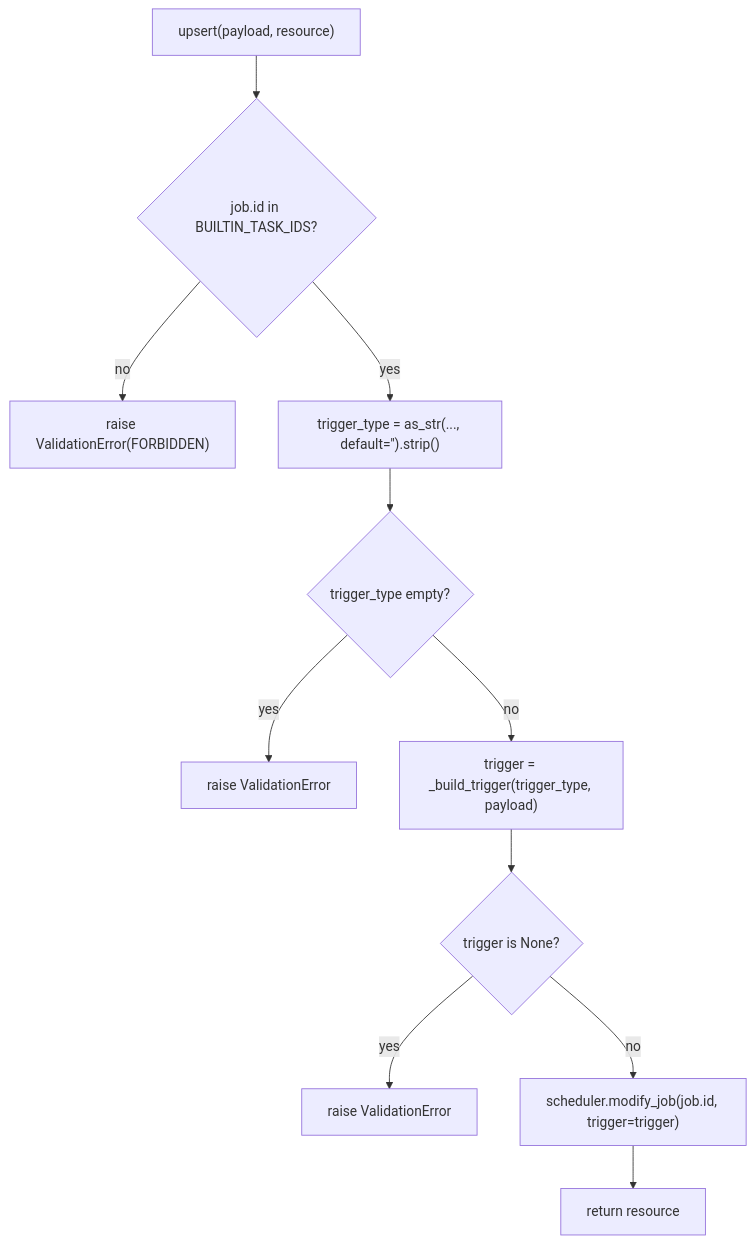
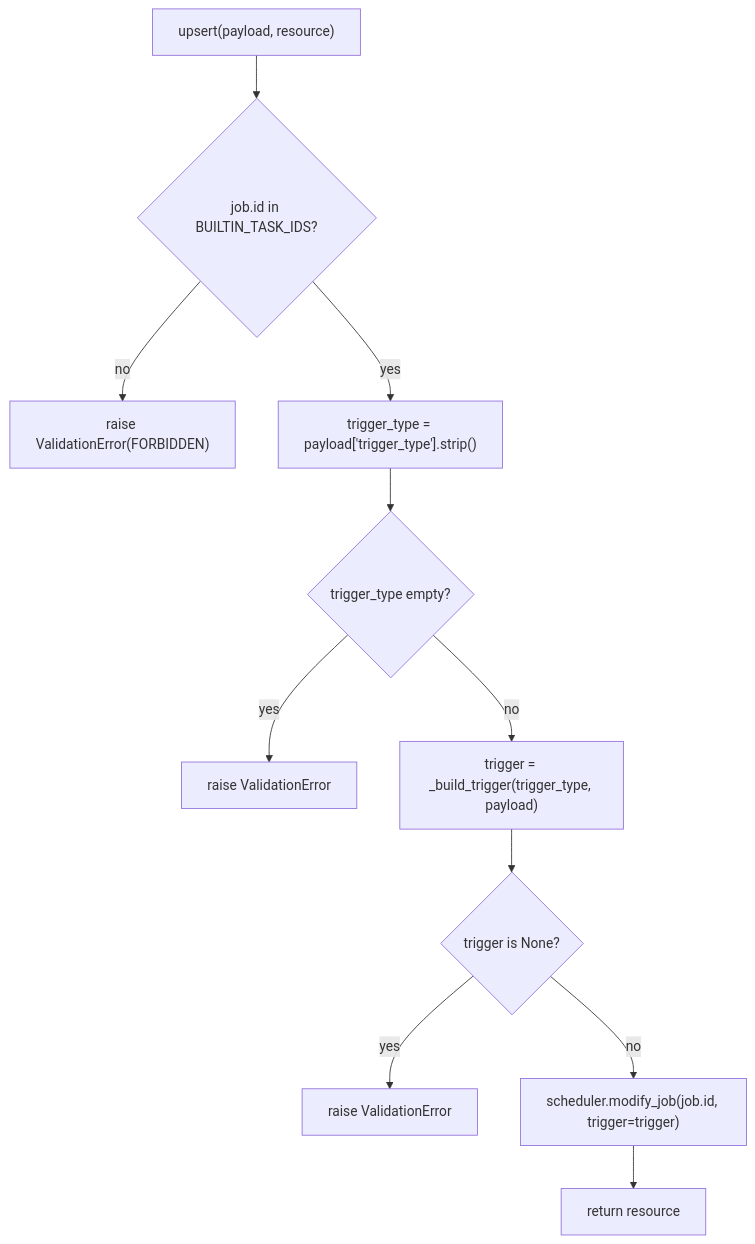
The first of 2 diagrams in docs/Obsidian/Server/scheduler-job-write-service.md (nyealovey/WhaleFall), drawn with Mermaid before and after one commit. The commit also changed other lines of this file and 9 other files, not shown here.

````diff
--- a/docs/Obsidian/Server/scheduler-job-write-service.md
+++ b/docs/Obsidian/Server/scheduler-job-write-service.md
@@ -64,13 +65,13 @@
 ```mermaid
 flowchart TB
     A["upsert(payload, resource)"] --> B{job.id in BUILTIN_TASK_IDS?}
     B -- no --> C["raise ValidationError(FORBIDDEN)"]
-    B -- yes --> D["trigger_type = as_str(..., default='').strip()"]
+    B -- yes --> D["trigger_type = payload['trigger_type'].strip()"]
     D --> E{trigger_type empty?}
     E -- yes --> F["raise ValidationError"]
     E -- no --> G["trigger = _build_trigger(trigger_type, payload)"]
     G --> H{trigger is None?}
     H -- yes --> I["raise ValidationError"]
     H -- no --> J["scheduler.modify_job(job.id, trigger=trigger)"]
     J --> K["return resource"]
 ```
````
